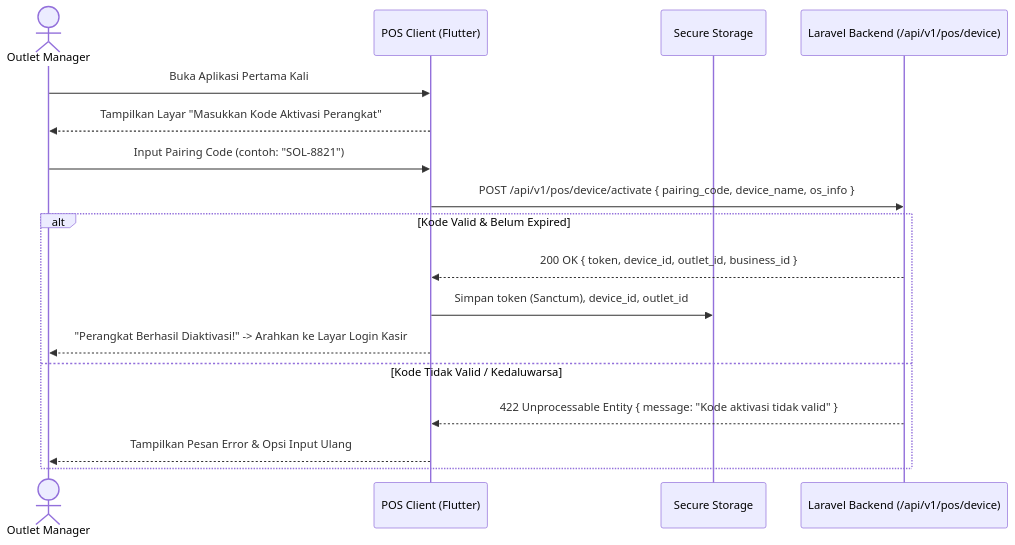
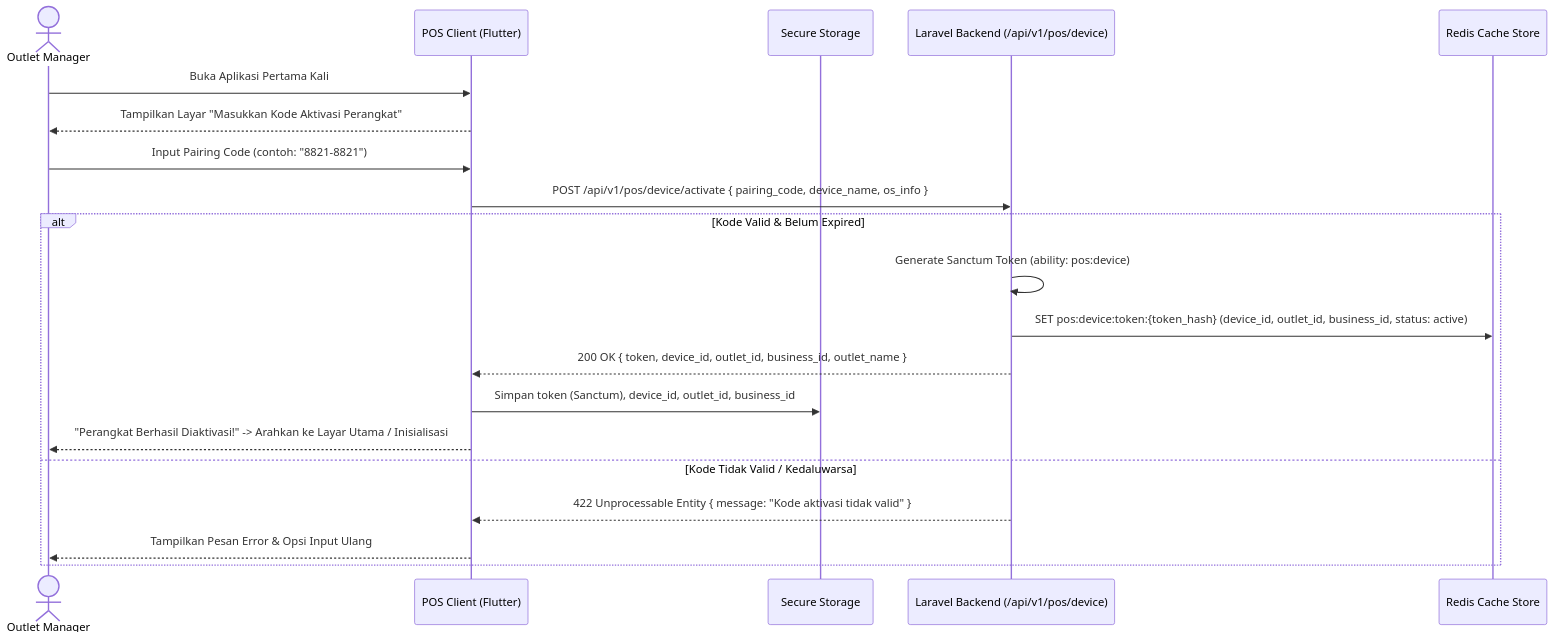
One commit to whykrr/sollu-app changed the first of 4 diagrams in prd/PRD Transaksi - Channel POS V1.1 Connecting Device, User Authentication & PIN Management.md. Above: the diagram before and after it, drawn with Mermaid. The commit also changed other lines of this file and 31 other files, not shown here.

First line of the commit message:
feat(pos): implement device unpairing functionality and related events

````diff
--- a/prd/PRD Transaksi - Channel POS V1.1 Connecting Device, User Authentication & PIN Management.md
+++ b/prd/PRD Transaksi - Channel POS V1.1 Connecting Device, User Authentication & PIN Management.md
@@ -92,20 +106,23 @@
 ```mermaid
 sequenceDiagram
     actor Manager as Outlet Manager
     participant App as POS Client (Flutter)
     participant SecStore as Secure Storage
     participant Backend as Laravel Backend (/api/v1/pos/device)
+    participant Cache as Redis Cache Store
 
     Manager->>App: Buka Aplikasi Pertama Kali
     App-->>Manager: Tampilkan Layar "Masukkan Kode Aktivasi Perangkat"
-    Manager->>App: Input Pairing Code (contoh: "SOL-8821")
+    Manager->>App: Input Pairing Code (contoh: "8821-8821")
     App->>Backend: POST /api/v1/pos/device/activate { pairing_code, device_name, os_info }
     alt Kode Valid & Belum Expired
-        Backend-->>App: 200 OK { token, device_id, outlet_id, business_id }
-        App->>SecStore: Simpan token (Sanctum), device_id, outlet_id
-        App-->>Manager: "Perangkat Berhasil Diaktivasi!" -> Arahkan ke Layar Login Kasir
+        Backend->>Backend: Generate Sanctum Token (ability: pos:device)
+        Backend->>Cache: SET pos:device:token:{token_hash} (device_id, outlet_id, business_id, status: active)
+        Backend-->>App: 200 OK { token, device_id, outlet_id, business_id, outlet_name }
+        App->>SecStore: Simpan token (Sanctum), device_id, outlet_id, business_id
+        App-->>Manager: "Perangkat Berhasil Diaktivasi!" -> Arahkan ke Layar Utama / Inisialisasi
     else Kode Tidak Valid / Kedaluwarsa
         Backend-->>App: 422 Unprocessable Entity { message: "Kode aktivasi tidak valid" }
         App-->>Manager: Tampilkan Pesan Error & Opsi Input Ulang
     end
 ```
````
